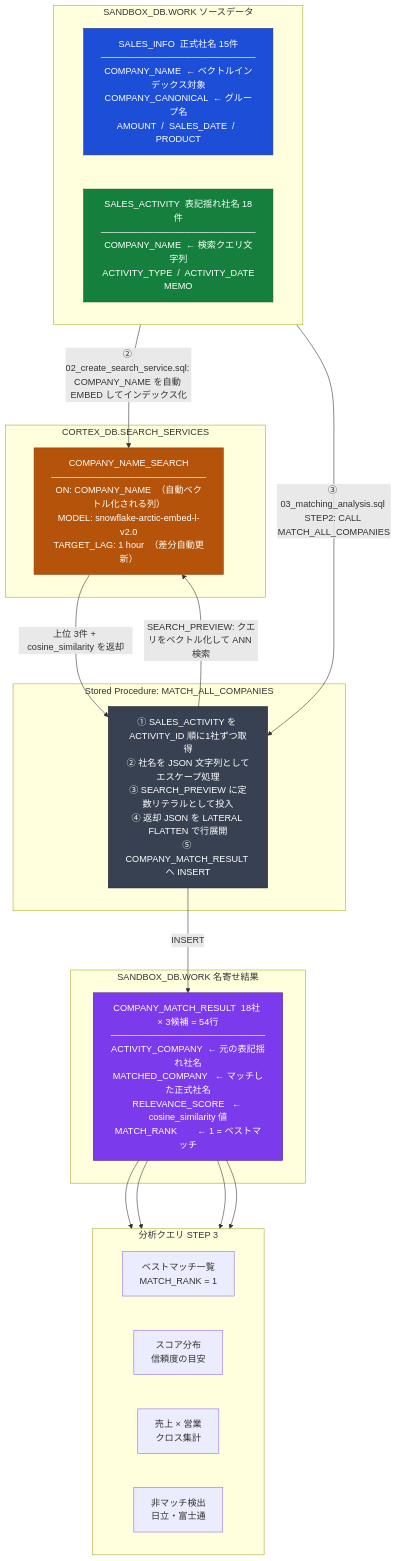
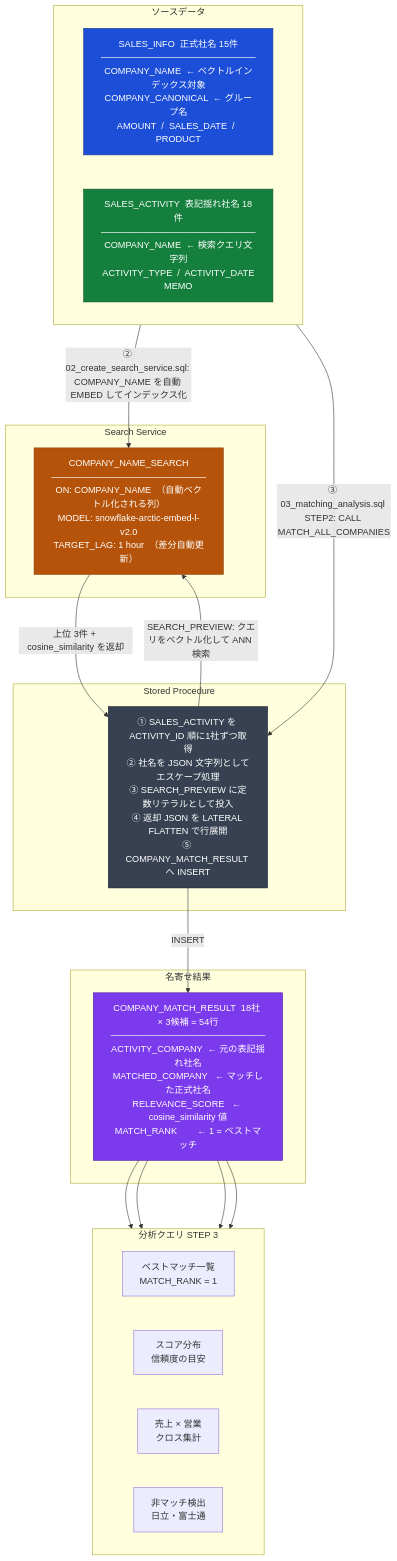
The diagram in docs/company_matching_design.md (alfortx/Snowflake_Sandbox), drawn with Mermaid before and after one commit.

Commit message:
fix(docs): subgraphタイトルを短縮して途切れ対策

````diff
--- a/docs/company_matching_design.md
+++ b/docs/company_matching_design.md
@@ -9,45 +9,45 @@
 ```mermaid
 %%{init: {"flowchart": {"nodeSpacing": 60, "rankSpacing": 80}}}%%
 flowchart TD
-    subgraph SRC["SANDBOX_DB.WORK  ソースデータ"]
+    subgraph SRC[" ソースデータ "]
         direction LR
         SI["SALES_INFO  正式社名 15件<br/>────────────────────────<br/>COMPANY_NAME  ← ベクトルインデックス対象<br/>COMPANY_CANONICAL  ← グループ名<br/>AMOUNT  /  SALES_DATE  /  PRODUCT"]
         SA["SALES_ACTIVITY  表記揺れ社名 18件<br/>────────────────────────<br/>COMPANY_NAME  ← 検索クエリ文字列<br/>ACTIVITY_TYPE  /  ACTIVITY_DATE<br/>MEMO"]
     end
 
-    subgraph CSS_BOX["CORTEX_DB.SEARCH_SERVICES"]
+    subgraph CSS_BOX[" Search Service "]
         CSS["COMPANY_NAME_SEARCH<br/>────────────────────────<br/>ON: COMPANY_NAME  （自動ベクトル化される列）<br/>MODEL: snowflake-arctic-embed-l-v2.0<br/>TARGET_LAG: 1 hour  （差分自動更新）"]
     end
 
-    subgraph PROC_BOX["Stored Procedure: MATCH_ALL_COMPANIES"]
+    subgraph PROC_BOX[" Stored Procedure "]
         PROC["① SALES_ACTIVITY を ACTIVITY_ID 順に1社ずつ取得<br/>② 社名を JSON 文字列としてエスケープ処理<br/>③ SEARCH_PREVIEW に定数リテラルとして投入<br/>④ 返却 JSON を LATERAL FLATTEN で行展開<br/>⑤ COMPANY_MATCH_RESULT へ INSERT"]
     end
 
-    subgraph RESULT_BOX["SANDBOX_DB.WORK  名寄せ結果"]
+    subgraph RESULT_BOX[" 名寄せ結果 "]
         MR["COMPANY_MATCH_RESULT  18社 × 3候補 = 54行<br/>────────────────────────<br/>ACTIVITY_COMPANY  ← 元の表記揺れ社名<br/>MATCHED_COMPANY   ← マッチした正式社名<br/>RELEVANCE_SCORE   ← cosine_similarity 値<br/>MATCH_RANK        ← 1 = ベストマッチ"]
     end
 
-    subgraph ANA["分析クエリ  STEP 3"]
+    subgraph ANA[" 分析クエリ STEP 3 "]
         direction LR
         A1["ベストマッチ一覧<br/>MATCH_RANK = 1"]
         A2["スコア分布<br/>信頼度の目安"]
         A3["売上 × 営業<br/>クロス集計"]
         A4["非マッチ検出<br/>日立・富士通"]
     end
 
     SI -- "② 02_create_search_service.sql: COMPANY_NAME を自動 EMBED してインデックス化" --> CSS
     SA -- "③ 03_matching_analysis.sql STEP2: CALL MATCH_ALL_COMPANIES" --> PROC
     PROC -- "SEARCH_PREVIEW: クエリをベクトル化して ANN 検索" --> CSS
     CSS -- "上位 3件 + cosine_similarity を返却" --> PROC
     PROC -- "INSERT" --> MR
     MR --> A1
     MR --> A2
     MR --> A3
     MR --> A4
 
     style SI fill:#1d4ed8,stroke:#1e3a8a,color:#ffffff
     style SA fill:#15803d,stroke:#14532d,color:#ffffff
     style CSS fill:#b45309,stroke:#92400e,color:#ffffff
     style MR fill:#7c3aed,stroke:#4c1d95,color:#ffffff
     style PROC fill:#374151,stroke:#111827,color:#ffffff
 ```
````
